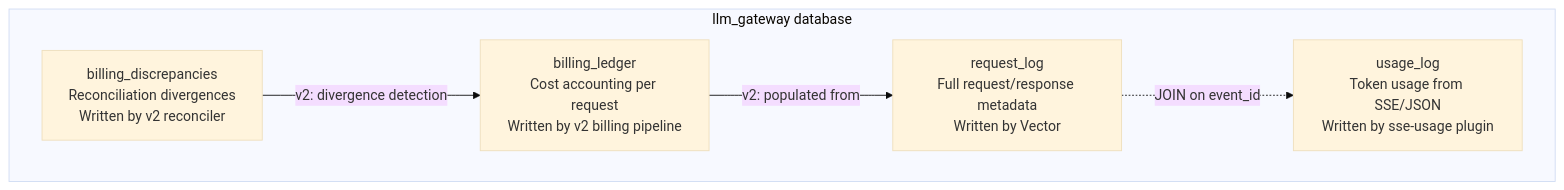
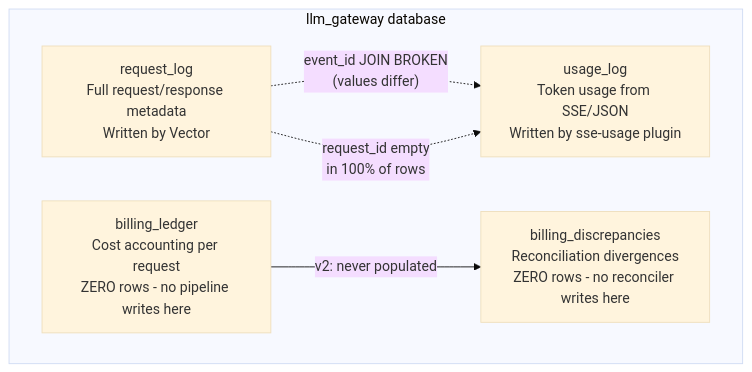
One commit to Independent-AI-Labs/WORKSPACE-GATEWAY changed diagram 11 of 16 in docs/ARCHITECTURE.md. Above: the diagram before and after it, drawn with Mermaid (base theme). The commit also changed other lines of this file and 50 other files, not shown here.

````diff
--- a/docs/ARCHITECTURE.md
+++ b/docs/ARCHITECTURE.md
@@ -952,13 +1210,13 @@
 ```mermaid
 graph TB
     subgraph "llm_gateway database"
         RL["request_log<br/>Full request/response metadata<br/>Written by Vector"]
         UL["usage_log<br/>Token usage from SSE/JSON<br/>Written by sse-usage plugin"]
-        BL["billing_ledger<br/>Cost accounting per request<br/>Written by v2 billing pipeline"]
-        BD["billing_discrepancies<br/>Reconciliation divergences<br/>Written by v2 reconciler"]
+        BL["billing_ledger<br/>Cost accounting per request<br/>ZERO rows - no pipeline writes here"]
+        BD["billing_discrepancies<br/>Reconciliation divergences<br/>ZERO rows - no reconciler writes here"]
     end
 
-    RL -.->|"JOIN on event_id"| UL
-    BL -->|"v2: populated from"| RL
-    BD -->|"v2: divergence detection"| BL
+    RL -.->|"event_id JOIN BROKEN<br/>(values differ)"| UL
+    RL -.->|"request_id empty<br/>in 100% of rows"| UL
+    BL -->|"v2: never populated"| BD
 ```
````
